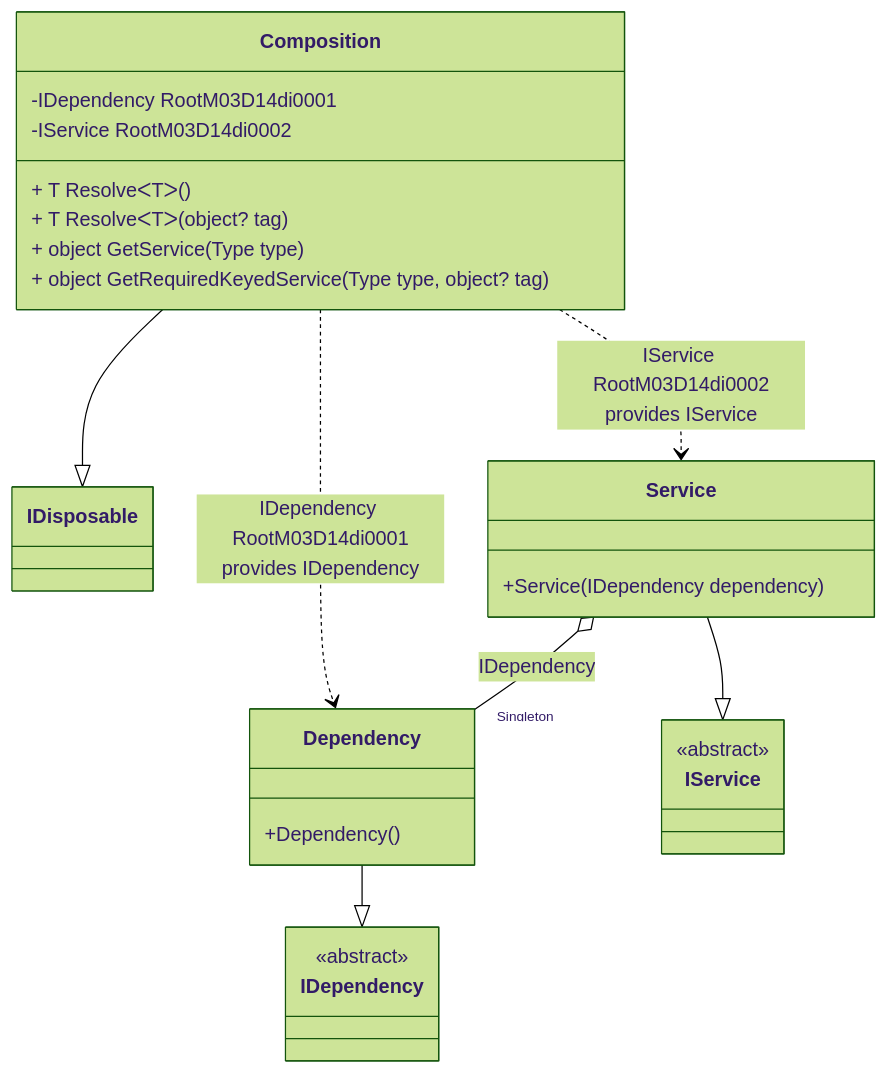
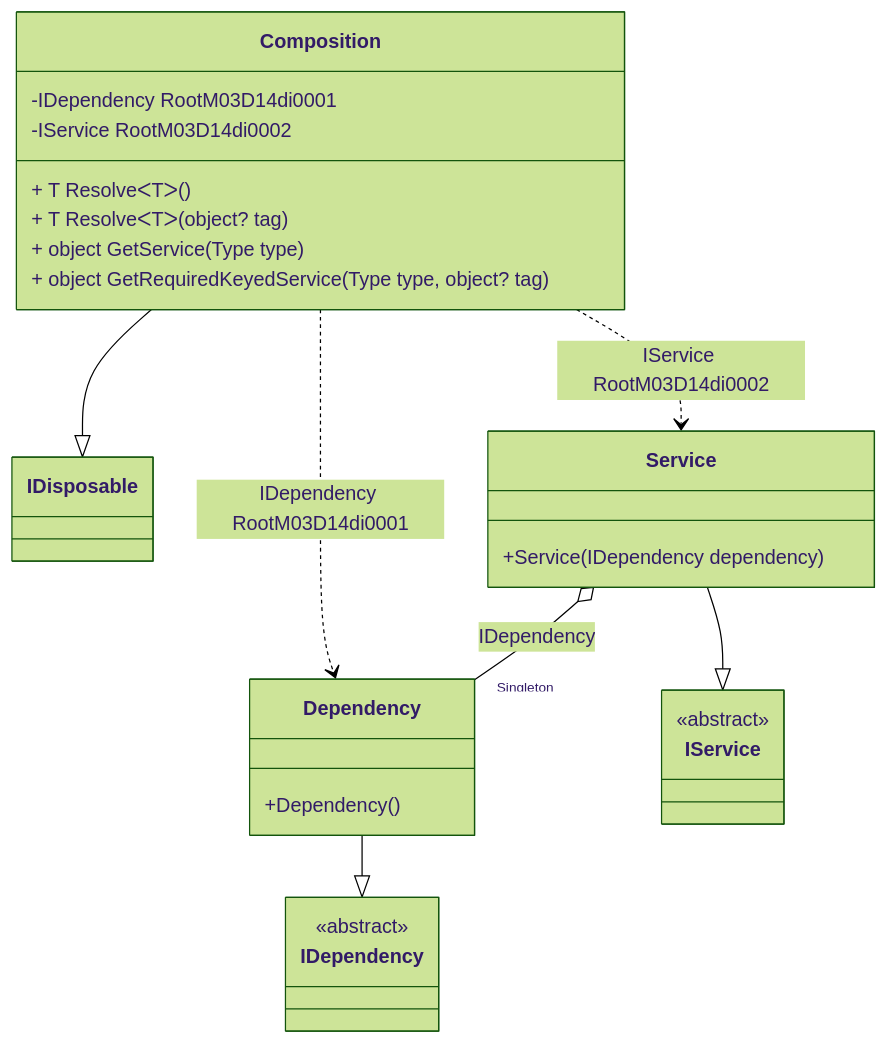
The diagram in readme/service-provider-with-scope.md (DevTeam/Pure.DI), drawn with Mermaid (forest theme) before and after one commit. The commit also changed other lines of this file and 74 other files, not shown here.

````diff
--- a/readme/service-provider-with-scope.md
+++ b/readme/service-provider-with-scope.md
@@ -73,29 +73,29 @@
 ```mermaid
 classDiagram
   class Composition {
     -IDependency RootM03D14di0001
     -IService RootM03D14di0002
     + T ResolveᐸTᐳ()
     + T ResolveᐸTᐳ(object? tag)
     + object GetService(Type type)
     + object GetRequiredKeyedService(Type type, object? tag)
   }
   Composition --|> IDisposable
   Dependency --|> IDependency : 
   class Dependency {
     +Dependency()
   }
   Service --|> IService : 
   class Service {
     +Service(IDependency dependency)
   }
   class IDependency {
     <<abstract>>
   }
   class IService {
     <<abstract>>
   }
   Service o--  "Singleton" Dependency : IDependency
-  Composition ..> Dependency : IDependency RootM03D14di0001<br/>provides IDependency
-  Composition ..> Service : IService RootM03D14di0002<br/>provides IService
+  Composition ..> Dependency : IDependency RootM03D14di0001
+  Composition ..> Service : IService RootM03D14di0002
 ```
````
